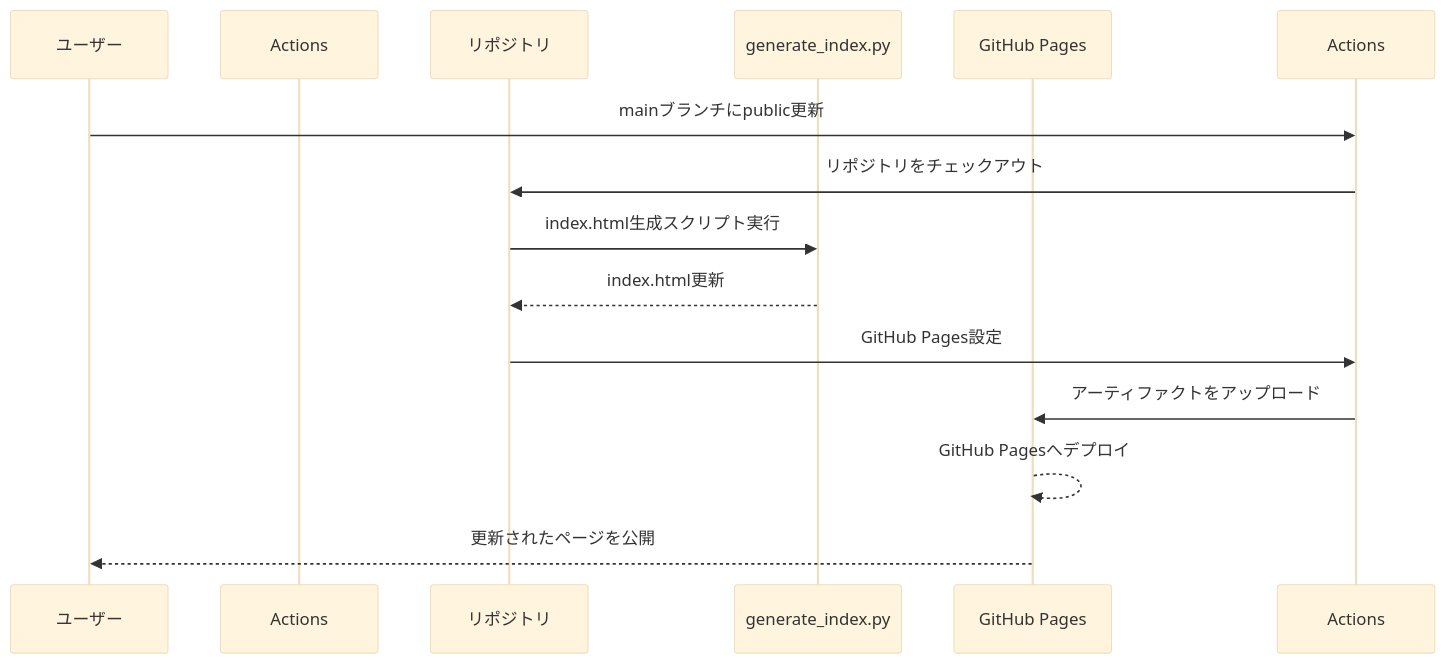
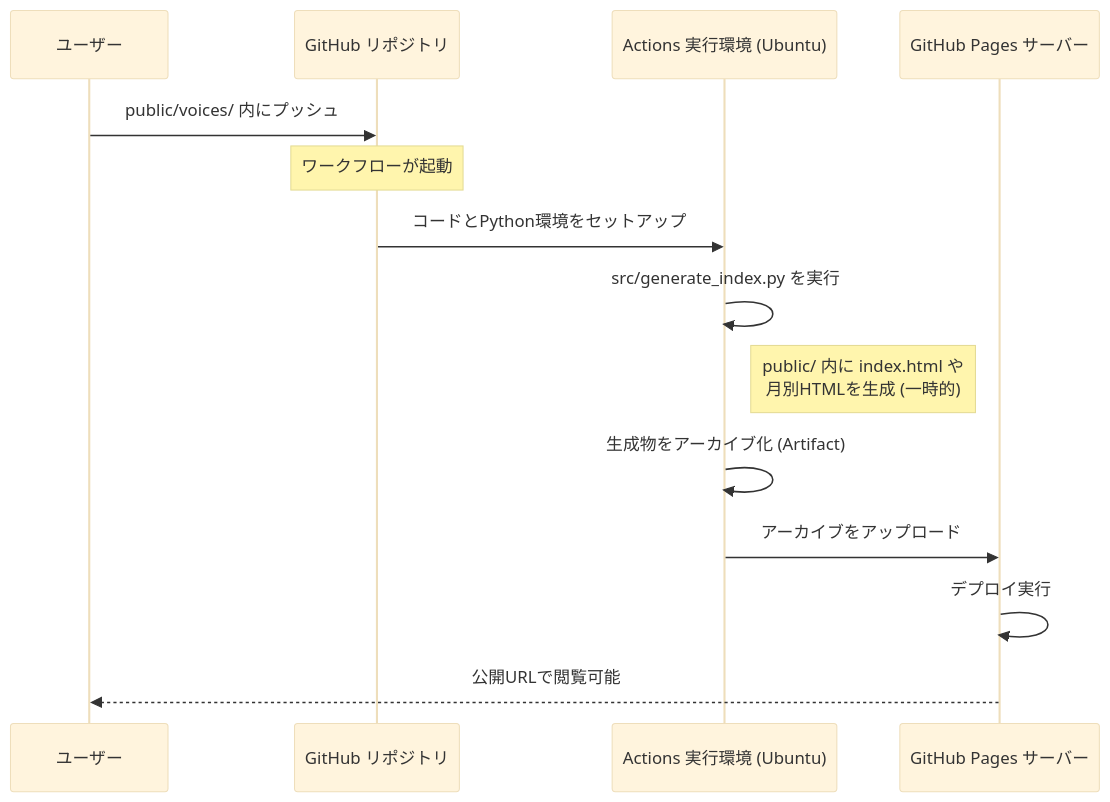
One commit to hgssnk/say-something changed the second of 2 diagrams in README.md. Above: the diagram before and after it, drawn with Mermaid (base theme). The commit also changed 1 other file, not shown here.

Commit message:
github pages

````diff
--- a/README.md
+++ b/README.md
@@ -21,18 +21,17 @@
 ```mermaid
 sequenceDiagram
     participant User as ユーザー
-    participant GitHubActions as Actions
-    participant Repo as リポジトリ
-    participant GenerateIndex as generate_index.py
-    participant Pages as GitHub Pages
+    participant Repo as GitHub リポジトリ
+    participant Runner as Actions 実行環境 (Ubuntu)
+    participant Pages as GitHub Pages サーバー
 
-    User->>Actions: mainブランチにpublic更新
-    Actions->>Repo: リポジトリをチェックアウト
-    Repo->>GenerateIndex: index.html生成スクリプト実行
-    GenerateIndex-->>Repo: index.html更新
-    Repo->>Actions: GitHub Pages設定
-    Actions->>Pages: アーティファクトをアップロード
-    Pages-->>Pages: GitHub Pagesへデプロイ
-    Pages-->>User: 更新されたページを公開
-
+    User->>Repo: public/voices/ 内にプッシュ
+    Note over Repo: ワークフローが起動
+    Repo->>Runner: コードとPython環境をセットアップ
+    Runner->>Runner: src/generate_index.py を実行
+    Note right of Runner: public/ 内に index.html や<br/>月別HTMLを生成 (一時的)
+    Runner->>Runner: 生成物をアーカイブ化 (Artifact)
+    Runner->>Pages: アーカイブをアップロード
+    Pages->>Pages: デプロイ実行
+    Pages-->>User: 公開URLで閲覧可能
 ```
````
